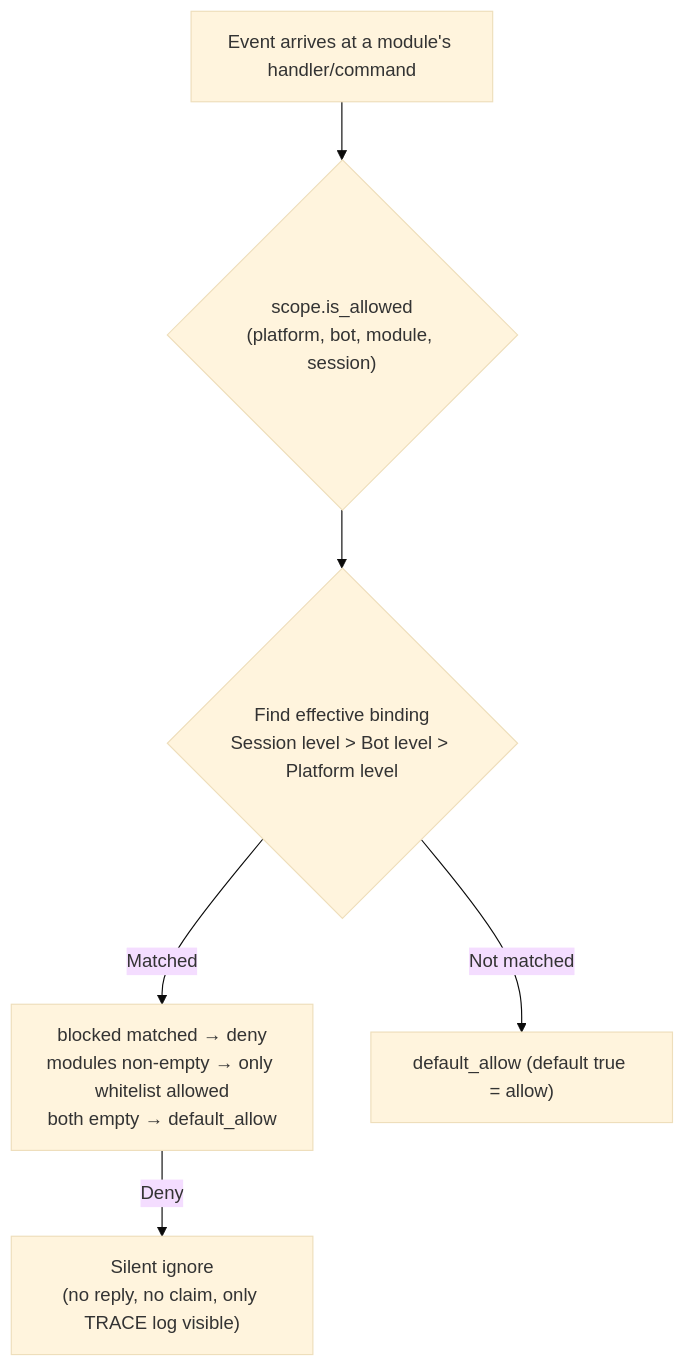
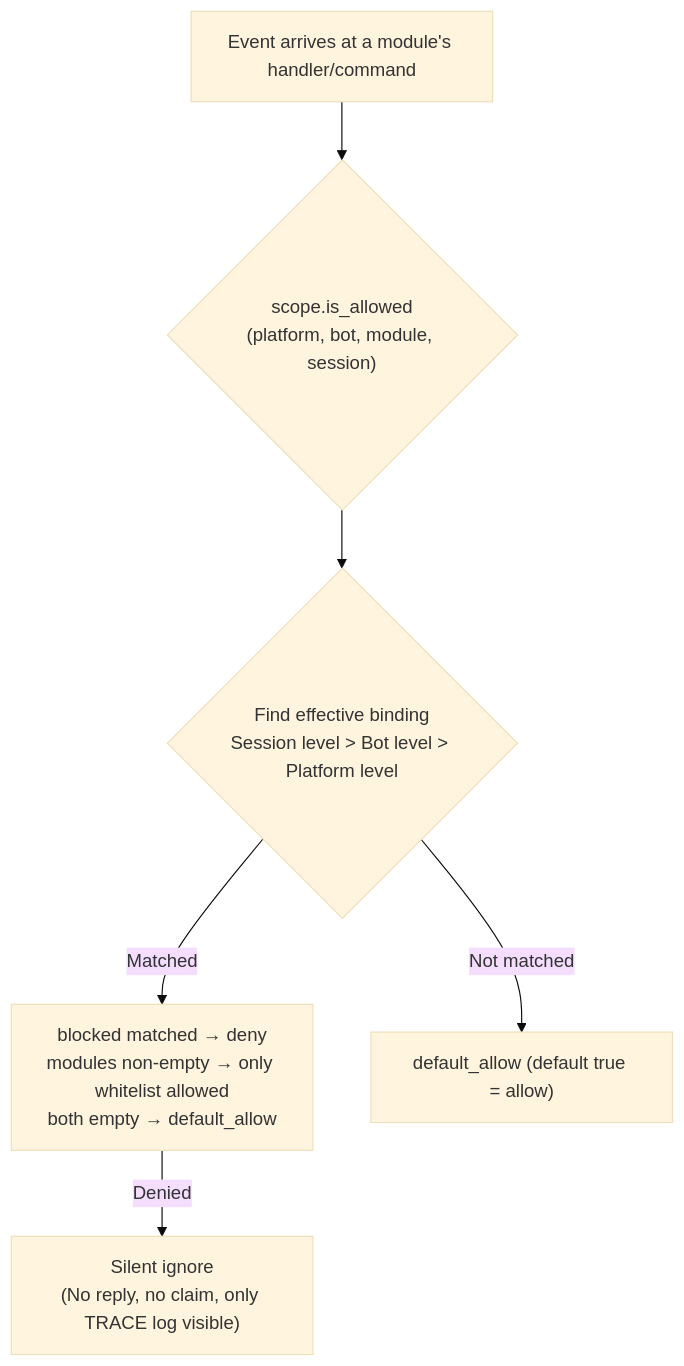
The diagram in docs/ru/advanced/scope.md (ErisPulse/ErisPulse), drawn with Mermaid (base theme) before and after one commit. The commit also changed other lines of this file and 75 other files, not shown here.

````diff
--- a/docs/ru/advanced/scope.md
+++ b/docs/ru/advanced/scope.md
@@ -99,8 +109,8 @@
 ```mermaid
 flowchart TD
     A["Event arrives at a module's handler/command"] --> B{"scope.is_allowed<br/>(platform, bot, module, session)"}
     B --> C{"Find effective binding<br/>Session level > Bot level > Platform level"}
     C -->|"Matched"| D["blocked matched → deny<br/>modules non-empty → only whitelist allowed<br/>both empty → default_allow"]
     C -->|"Not matched"| E["default_allow (default true = allow)"]
-    D -->|"Deny"| Z["Silent ignore<br/>(no reply, no claim, only TRACE log visible)"]
+    D -->|"Denied"| Z["Silent ignore<br/>(No reply, no claim, only TRACE log visible)"]
 ```
````
